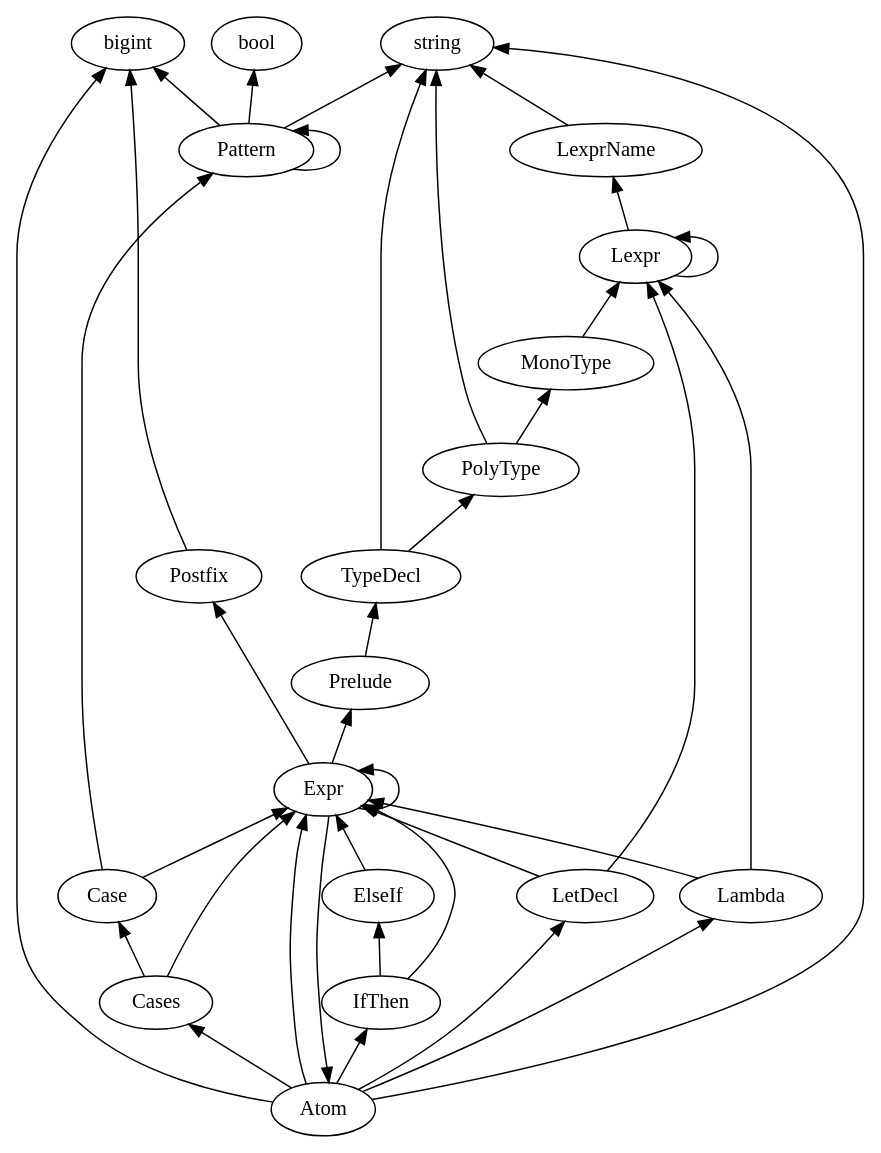
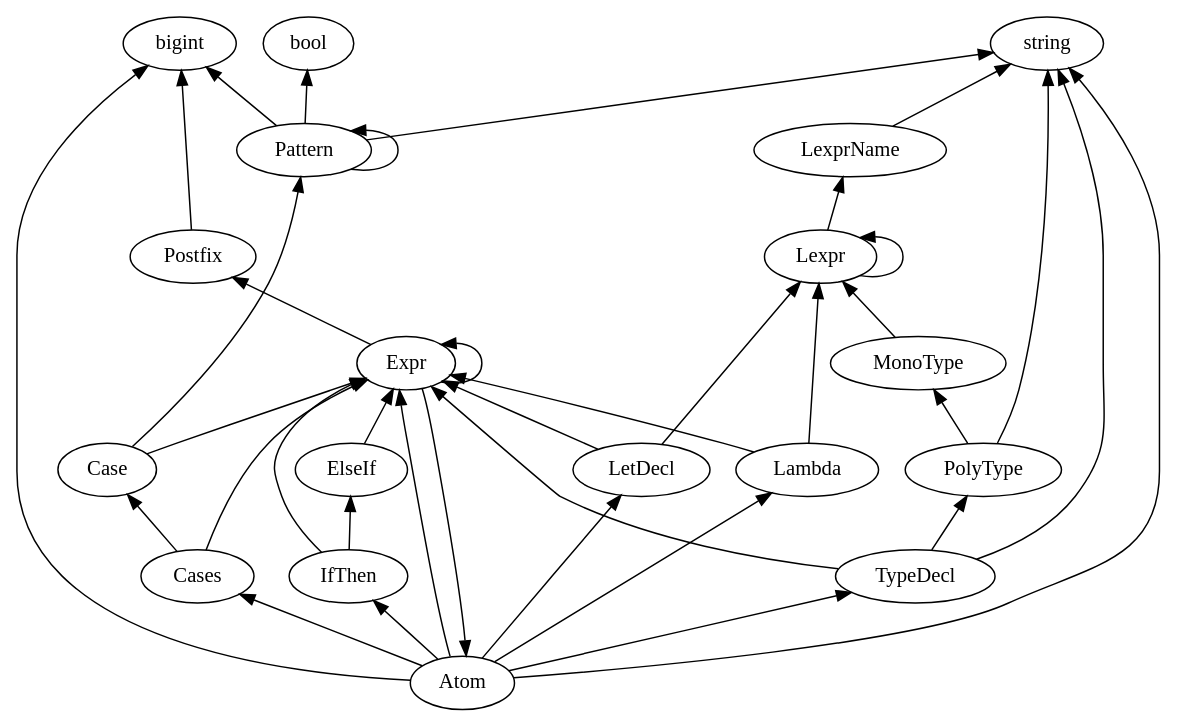
One commit to plutoscarab/Arafel changed the diagram in generated/productions.dot. Above: the diagram before and after it, drawn with Graphviz. The commit also changed 8 other files, not shown here.

Commit message:
move TypeDecl into Atom

```diff
--- a/generated/productions.dot
+++ b/generated/productions.dot
@@ -1,40 +1,40 @@
 digraph G {
     rankdir="BT"
     { rank=same; bool; bigint; string; }
     Atom -> bigint
     Atom -> string
     Atom -> Lambda
     Atom -> Expr
     Atom -> Cases
     Atom -> IfThen
     Atom -> LetDecl
+    Atom -> TypeDecl
     Case -> Pattern
     Case -> Expr
     Cases -> Expr
     Cases -> Case
     ElseIf -> Expr
-    Expr -> Prelude
     Expr -> Atom
     Expr -> Expr
     Expr -> Postfix
     IfThen -> Expr
     IfThen -> ElseIf
     Lambda -> Lexpr
     Lambda -> Expr
     LetDecl -> Lexpr
     LetDecl -> Expr
     Lexpr -> LexprName
     Lexpr -> Lexpr
     LexprName -> string
     MonoType -> Lexpr
     Pattern -> string
     Pattern -> Pattern
     Pattern -> bigint
     Pattern -> bool
     PolyType -> string
     PolyType -> MonoType
     Postfix -> bigint
-    Prelude -> TypeDecl
     TypeDecl -> string
     TypeDecl -> PolyType
+    TypeDecl -> Expr
 }
```
